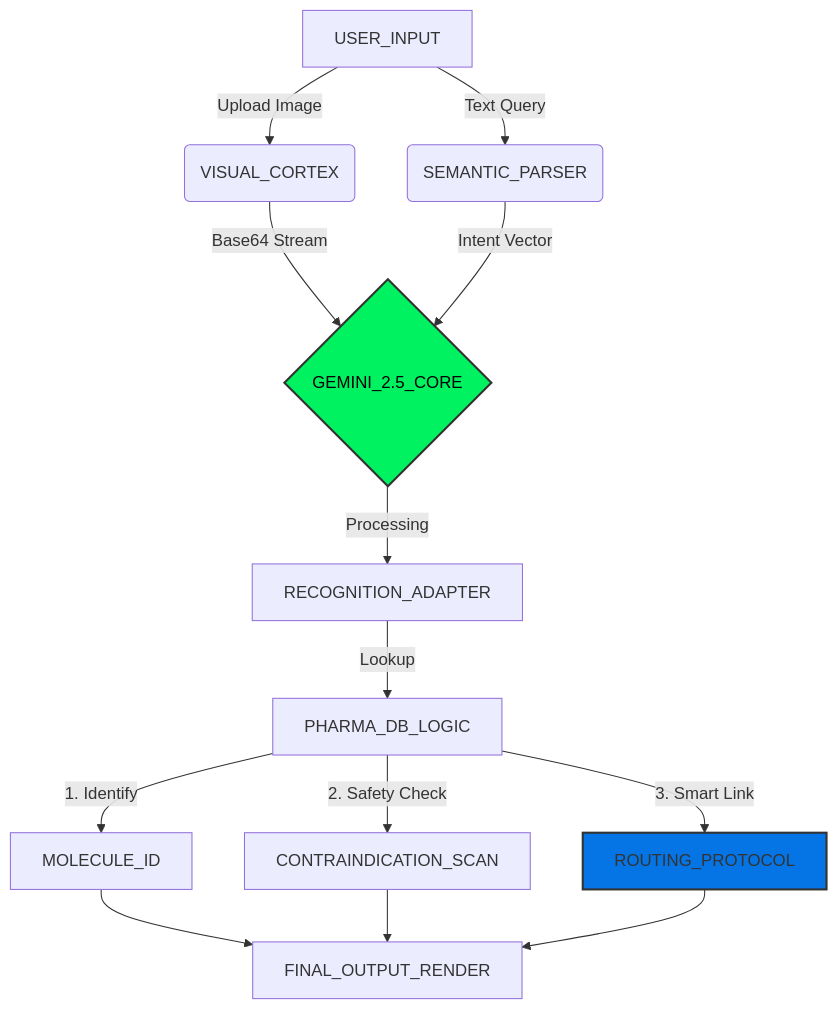
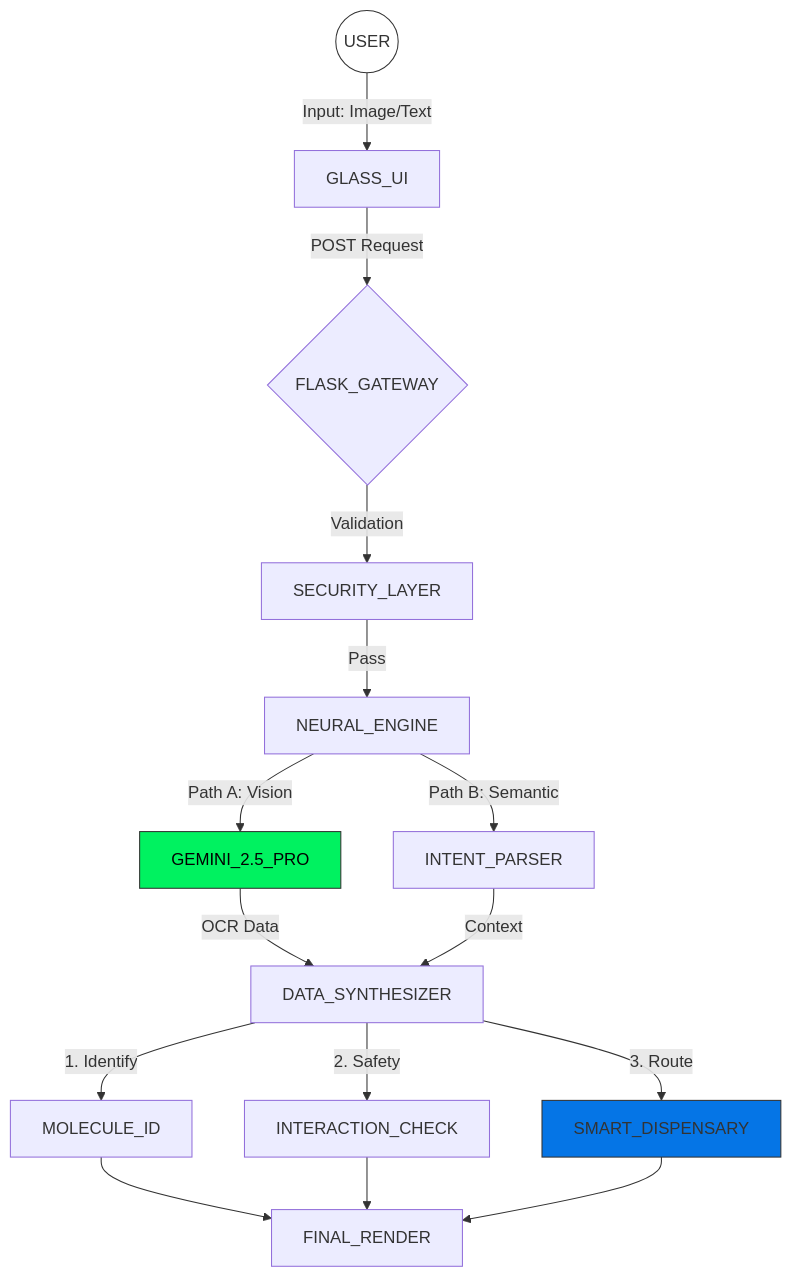
One commit to manishpatil55/drug-detect-plus changed the diagram in README.md. Above: the diagram before and after it, drawn with Mermaid. The commit also changed other lines of this file, not shown here.

Commit message:
Docs: Ultimate v3 - Moved Image to Footer, Added Bug Protocol & Deep Dive

````diff
--- a/README.md
+++ b/README.md
@@ -30,22 +42,26 @@
 ```mermaid
 graph TD
-    A[USER_INPUT] -->|Upload Image| B(VISUAL_CORTEX)
-    A -->|Text Query| C(SEMANTIC_PARSER)
+    User((USER)) -->|Input: Image/Text| Frontend[GLASS_UI]
+    Frontend -->|POST Request| API{FLASK_GATEWAY}
     
-    B -->|Base64 Stream| D{GEMINI_2.5_CORE}
-    C -->|Intent Vector| D
+    API -->|Validation| Check[SECURITY_LAYER]
+    Check -->|Pass| Logic[NEURAL_ENGINE]
     
-    D -->|Processing| E[RECOGNITION_ADAPTER]
-    E -->|Lookup| F[PHARMA_DB_LOGIC]
+    Logic -->|Path A: Vision| VisionModel[GEMINI_2.5_PRO]
+    Logic -->|Path B: Semantic| NLP[INTENT_PARSER]
     
-    F -->|1. Identify| G[MOLECULE_ID]
-    F -->|2. Safety Check| H[CONTRAINDICATION_SCAN]
-    F -->|3. Smart Link| I[ROUTING_PROTOCOL]
+    VisionModel -->|OCR Data| Synthesizer[DATA_SYNTHESIZER]
+    NLP -->|Context| Synthesizer
     
-    G --> J[FINAL_OUTPUT_RENDER]
-    H --> J
-    I --> J
+    Synthesizer -->|1. Identify| Output[MOLECULE_ID]
+    Synthesizer -->|2. Safety| Safety[INTERACTION_CHECK]
+    Synthesizer -->|3. Route| Link[SMART_DISPENSARY]
     
-    style D fill:#00f260,stroke:#333,stroke-width:2px,color:black
-    style I fill:#0575E6,stroke:#333,stroke-width:2px
+    Output --> Client[FINAL_RENDER]
+    Safety --> Client
+    Link --> Client
+    
+    style User fill:#fff,stroke:#333
+    style VisionModel fill:#00f260,stroke:#333,color:black
+    style Link fill:#0575E6,stroke:#333
 ```
````
